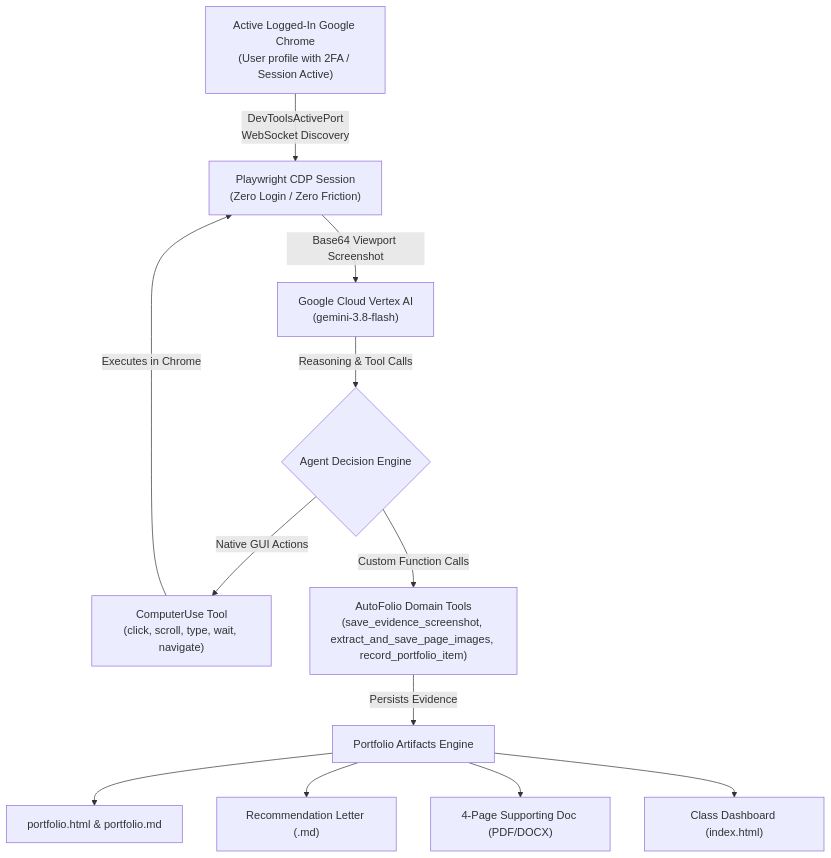
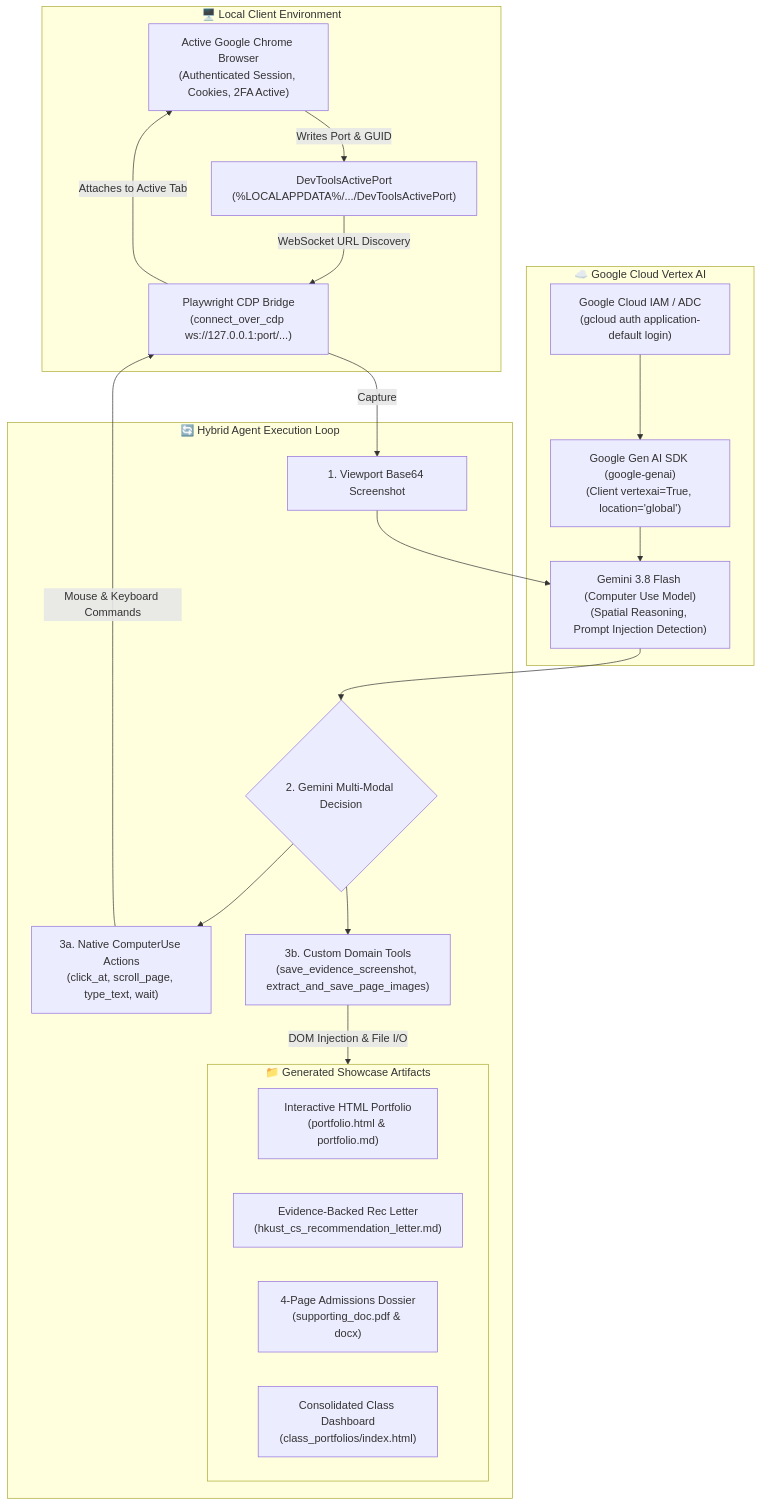
The first of 6 diagrams in DEVTO_BLOG_POST.md (wongcyrus/gemini-computer-use-linkedin-autofolio), drawn with Mermaid before and after one commit. The commit also changed other lines of this file and 3 other files, not shown here.

Commit message:
docs: enrich dev.to blog post with Gemini-generated cover, architecture infographic, and 6 detailed technical diagrams

````diff
--- a/DEVTO_BLOG_POST.md
+++ b/DEVTO_BLOG_POST.md
@@ -41,14 +45,36 @@
 ```mermaid
 flowchart TD
-    A["Active Logged-In Google Chrome\n(User profile with 2FA / Session Active)"] -->|DevToolsActivePort\nWebSocket Discovery| B["Playwright CDP Session\n(Zero Login / Zero Friction)"]
-    B -->|Base64 Viewport Screenshot| C["Google Cloud Vertex AI\n(gemini-3.8-flash)"]
-    C -->|Reasoning & Tool Calls| D{"Agent Decision Engine"}
-    D -->|Native GUI Actions| E["ComputerUse Tool\n(click, scroll, type, wait, navigate)"]
-    D -->|Custom Function Calls| F["AutoFolio Domain Tools\n(save_evidence_screenshot, extract_and_save_page_images, record_portfolio_item)"]
-    E -->|Executes in Chrome| B
-    F -->|Persists Evidence| G["Portfolio Artifacts Engine"]
-    G --> H1["portfolio.html & portfolio.md"]
-    G --> H2["Recommendation Letter (.md)"]
-    G --> H3["4-Page Supporting Doc (PDF/DOCX)"]
-    G --> H4["Class Dashboard (index.html)"]
+    subgraph BrowserEnvironment["🖥️ Local Client Environment"]
+        A["Active Google Chrome Browser\n(Authenticated Session, Cookies, 2FA Active)"]
+        DT["DevToolsActivePort\n(%LOCALAPPDATA%/.../DevToolsActivePort)"]
+        PW["Playwright CDP Bridge\n(connect_over_cdp ws://127.0.0.1:port/...)"]
+        A -->|Writes Port & GUID| DT
+        DT -->|WebSocket URL Discovery| PW
+        PW -->|Attaches to Active Tab| A
+    end
+
+    subgraph GoogleCloud["☁️ Google Cloud Vertex AI"]
+        ADC["Google Cloud IAM / ADC\n(gcloud auth application-default login)"]
+        SDK["Google Gen AI SDK (google-genai)\n(Client vertexai=True, location='global')"]
+        MODEL["Gemini 3.8 Flash (Computer Use Model)\n(Spatial Reasoning, Prompt Injection Detection)"]
+        ADC --> SDK --> MODEL
+    end
+
+    subgraph AgentLoop["🔄 Hybrid Agent Execution Loop"]
+        SCREEN["1. Viewport Base64 Screenshot"]
+        DECISION{"2. Gemini Multi-Modal Decision"}
+        NATIVE["3a. Native ComputerUse Actions\n(click_at, scroll_page, type_text, wait)"]
+        CUSTOM["3b. Custom Domain Tools\n(save_evidence_screenshot, extract_and_save_page_images)"]
+        
+        PW -->|Capture| SCREEN --> MODEL --> DECISION
+        DECISION --> NATIVE -->|Mouse & Keyboard Commands| PW
+        DECISION --> CUSTOM -->|DOM Injection & File I/O| ARTIFACTS
+    end
+
+    subgraph ARTIFACTS["📁 Generated Showcase Artifacts"]
+        ART1["Interactive HTML Portfolio\n(portfolio.html & portfolio.md)"]
+        ART2["Evidence-Backed Rec Letter\n(hkust_cs_recommendation_letter.md)"]
+        ART3["4-Page Admissions Dossier\n(supporting_doc.pdf & docx)"]
+        ART4["Consolidated Class Dashboard\n(class_portfolios/index.html)"]
+    end
 ```
````
